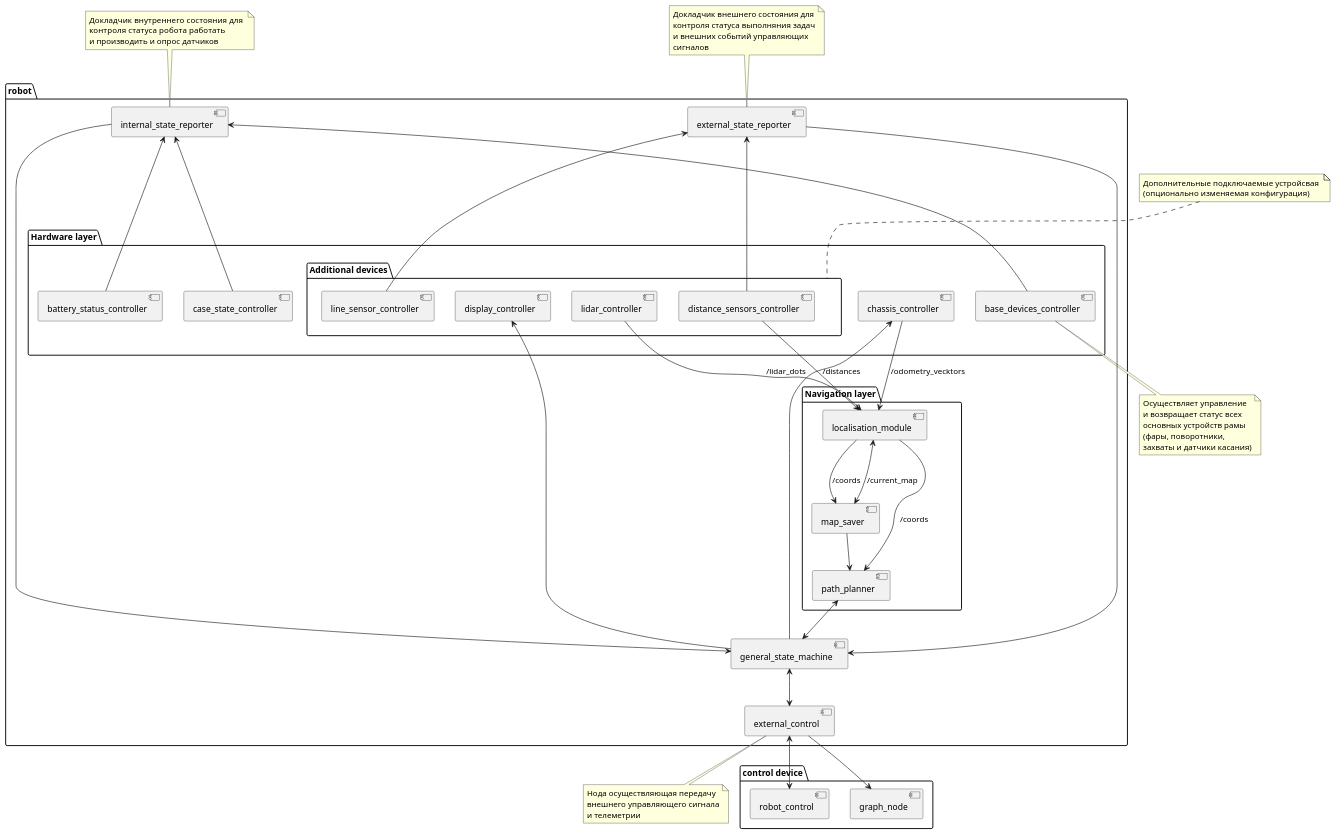
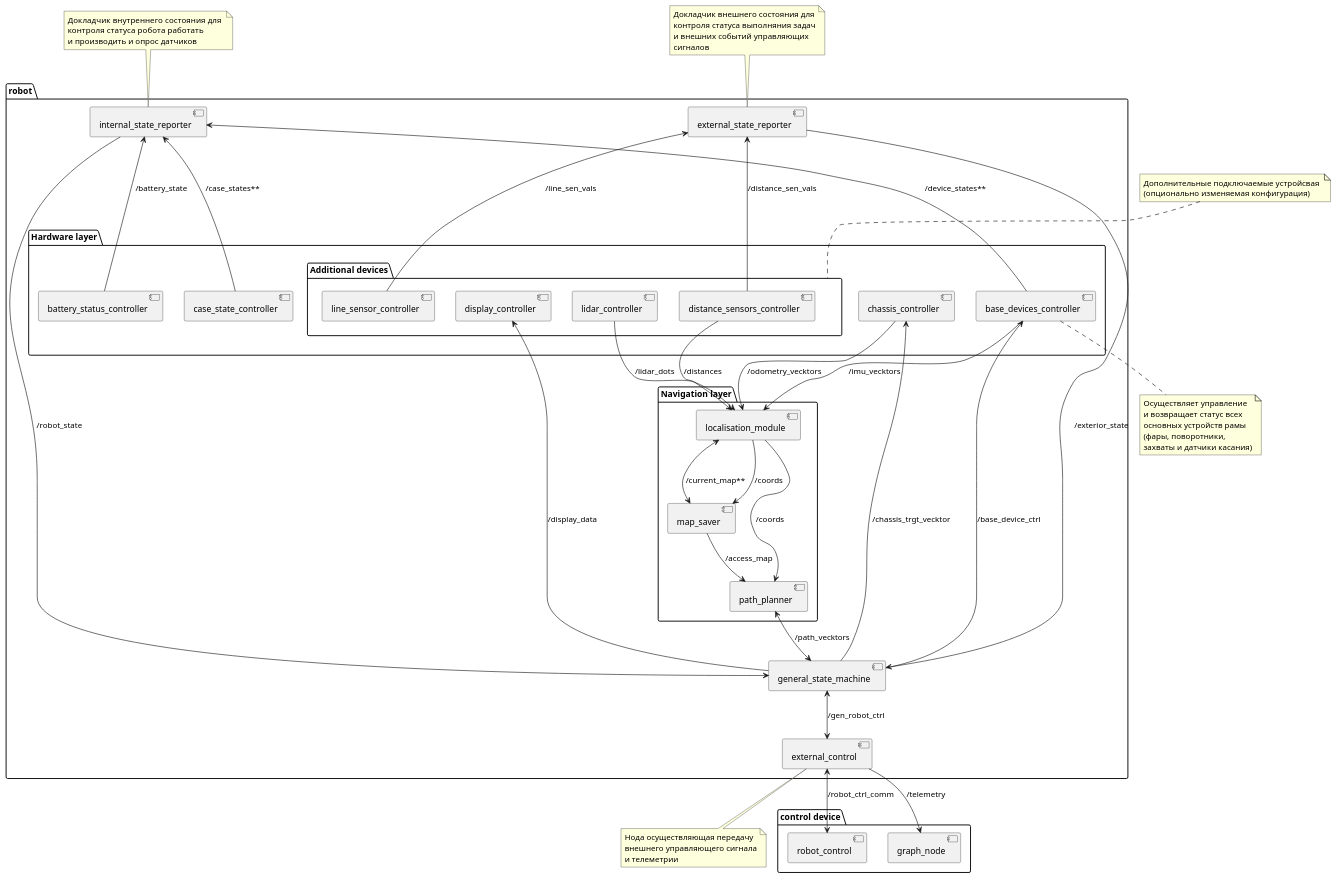
One commit to biskas-g5/ros2_course_project changed the diagram in system_architecture.puml. Above: the diagram before and after it, drawn with PlantUML.

Commit message:
Scheme updated

```diff
--- a/system_architecture.puml
+++ b/system_architecture.puml
@@ -1,97 +1,99 @@
 @startuml
 
 package "robot"{
     package "Hardware layer"{
         [chassis_controller]
         [base_devices_controller]
         package "Additional devices"{
             [display_controller]
             [lidar_controller]
             [distance_sensors_controller]
             [line_sensor_controller]
         }
         [battery_status_controller]
         [case_state_controller]
     }
 
     package "Navigation layer"{
         [localisation_module]
         [map_saver]
         [path_planner]
     }
     
     [internal_state_reporter]
     [external_state_reporter]
     [general_state_machine]
     [external_control]
 }
 
 package "control device"{
     [robot_control]
     [graph_node]
 }
 
 
 
 note bottom of base_devices_controller
     Осуществляет управление
     и возвращает статус всех
     основных устройств рамы
     (фары, поворотники, 
     захваты и датчики касания)
 end note
 
 note top of "Additional devices"
     Дополнительные подключаемые устройсвая 
     (опционально изменяемая конфигурация)
 end note
 
 note top of "internal_state_reporter"
     Докладчик внутреннего состояния  для 
     контроля статуса робота  работать 
     и производить и опрос датчиков
 end note
 
 note top of "external_state_reporter"
     Докладчик внешнего состояния для
     контроля статуса выполняния задач
     и внешних событий управляющих 
     сигналов
 end note
 
 note bottom of "external_control"
     Нода осуществляющая передачу 
     внешнего управляющего сигнала
     и телеметрии
 end note
 
 
 
 
 
-[chassis_controller] -down-> [localisation_module]: /odometry_vecktors
-[lidar_controller] -> [localisation_module]: /lidar_dots
-[distance_sensors_controller] -> [localisation_module]: /distances
+chassis_controller -down-> localisation_module: /odometry_vecktors
+base_devices_controller -down-> localisation_module: /imu_vecktors
+lidar_controller -> localisation_module: /lidar_dots
+distance_sensors_controller -> localisation_module: /distances
 localisation_module --> map_saver: /coords
-localisation_module <--> map_saver: /current_map
+localisation_module <--> map_saver: /current_map**
 localisation_module --> path_planner: /coords
-map_saver --> path_planner
+map_saver --> path_planner: /access_map
 
 
-[base_devices_controller] -up-> [internal_state_reporter]
-[case_state_controller] -up--> [internal_state_reporter]
-[battery_status_controller] -up-> [internal_state_reporter]
+base_devices_controller -up-> internal_state_reporter: /device_states**
+case_state_controller -up--> internal_state_reporter: /case_states**
+battery_status_controller -up-> internal_state_reporter: /battery_state
 
-line_sensor_controller -up--> external_state_reporter
-distance_sensors_controller -up-> external_state_reporter
+line_sensor_controller -up--> external_state_reporter: /line_sen_vals
+distance_sensors_controller -up-> external_state_reporter: /distance_sen_vals
 
-path_planner <--> general_state_machine
-general_state_machine <-up- internal_state_reporter
-general_state_machine <-up- external_state_reporter
-general_state_machine <-down-> external_control
-general_state_machine -up-> chassis_controller
-display_controller <- general_state_machine
+path_planner <--> general_state_machine: /path_vecktors
+general_state_machine <-up- internal_state_reporter: /robot_state
+general_state_machine <-up- external_state_reporter: /exterior_state
+general_state_machine <-down-> external_control: /gen_robot_ctrl
+general_state_machine -up-> chassis_controller: /chassis_trgt_vecktor
+display_controller <- general_state_machine: /display_data
+general_state_machine -up-> base_devices_controller: /base_device_ctrl
 
-external_control <-down-> robot_control
-external_control -down-> graph_node
+external_control <-down-> robot_control: /robot_ctrl_comm
+external_control -down-> graph_node: /telemetry
 @enduml
```
